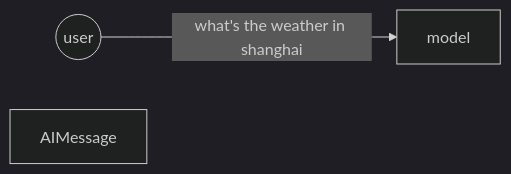
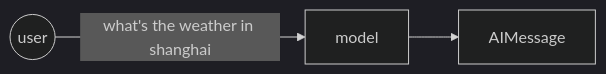
Before and after one commit to ka1fe1/iodraw-files: the diagram in all/未命名-28.md, drawn with Mermaid (dark theme).

Commit message:
2024-10-22 17:43:38 update

````diff
--- a/all/未命名-28.md
+++ b/all/未命名-28.md
@@ -1,8 +1,8 @@
 ```mermaid
 flowchart LR
     s1((user))
     s2["model"]
     s3["AIMessage"]
 
-    s1 -->|what's the weather in shanghai| s2
+    s1 -->|what's the weather in shanghai| s2 --> s3
 ```
````
